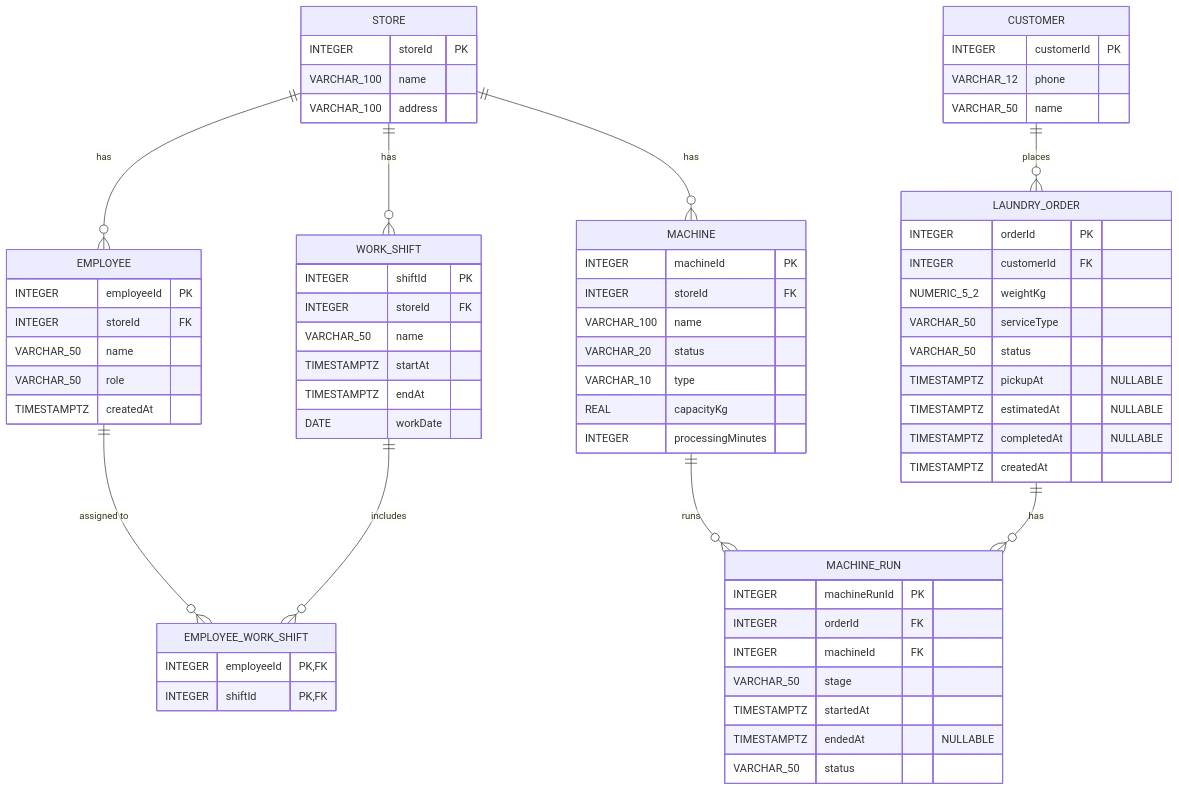
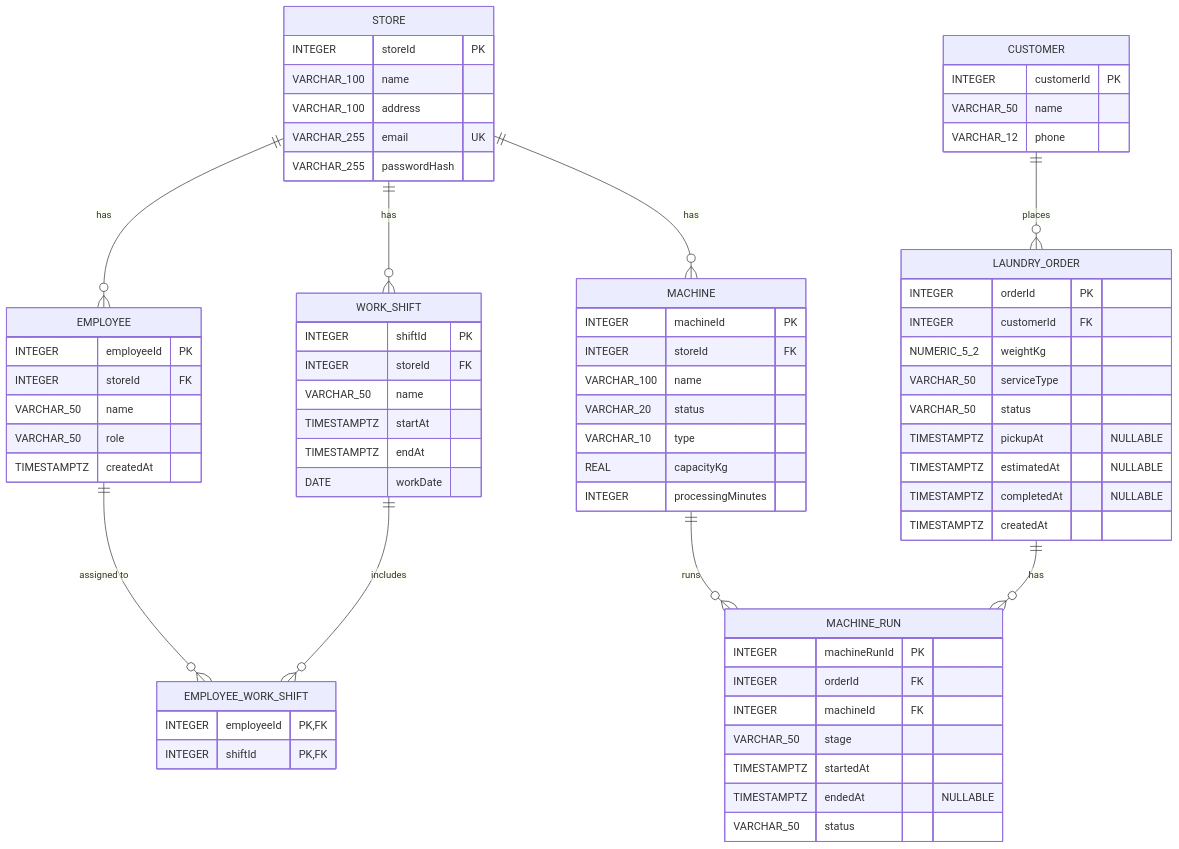
One commit to Spring-anzuaviv/HCI changed the diagram in src/backend/docs/db.md. Above: the diagram before and after it, drawn with Mermaid. The commit also changed other lines of this file and 42 other files, not shown here.

```diff
--- a/src/backend/docs/db.md
+++ b/src/backend/docs/db.md
@@ -7,12 +7,14 @@
         INTEGER storeId PK
         VARCHAR_100 name
         VARCHAR_100 address
+        VARCHAR_255 email UK
+        VARCHAR_255 passwordHash
     }
 
     CUSTOMER {
         INTEGER customerId PK
+        VARCHAR_50 name
         VARCHAR_12 phone
-        VARCHAR_50 name
     }
 
     EMPLOYEE {
```
